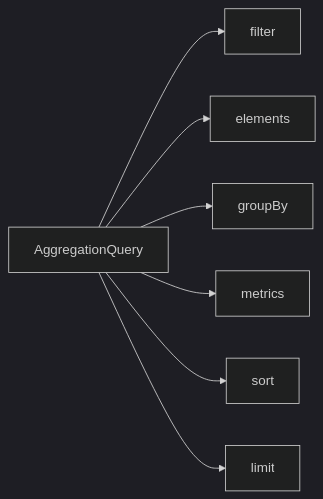
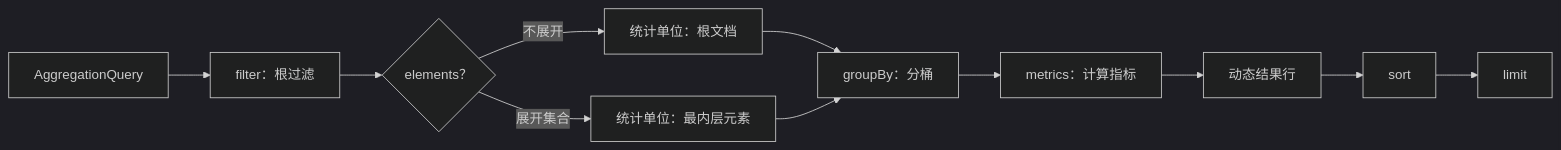
The diagram in documentation/docs/zh/guide/query/aggregation-query.md (Ahoo-Wang/Wow), drawn with Mermaid (dark theme) before and after one commit. The commit also changed 17 other files, not shown here.

Commit message:
docs(query): add diagrams to query guides

````diff
--- a/documentation/docs/zh/guide/query/aggregation-query.md
+++ b/documentation/docs/zh/guide/query/aggregation-query.md
@@ -12,9 +12,13 @@
 ```mermaid
 flowchart LR
-    Q[AggregationQuery] --> F[filter]
-    Q --> E[elements]
-    Q --> G[groupBy]
-    Q --> M[metrics]
-    Q --> S[sort]
-    Q --> L[limit]
+    Q["AggregationQuery"] --> F["filter：根过滤"]
+    F --> E{"elements？"}
+    E -->|不展开| RootUnit["统计单位：根文档"]
+    E -->|展开集合| ElementUnit["统计单位：最内层元素"]
+    RootUnit --> G["groupBy：分桶"]
+    ElementUnit --> G
+    G --> M["metrics：计算指标"]
+    M --> Rows["动态结果行"]
+    Rows --> S["sort"]
+    S --> L["limit"]
 ```
````
